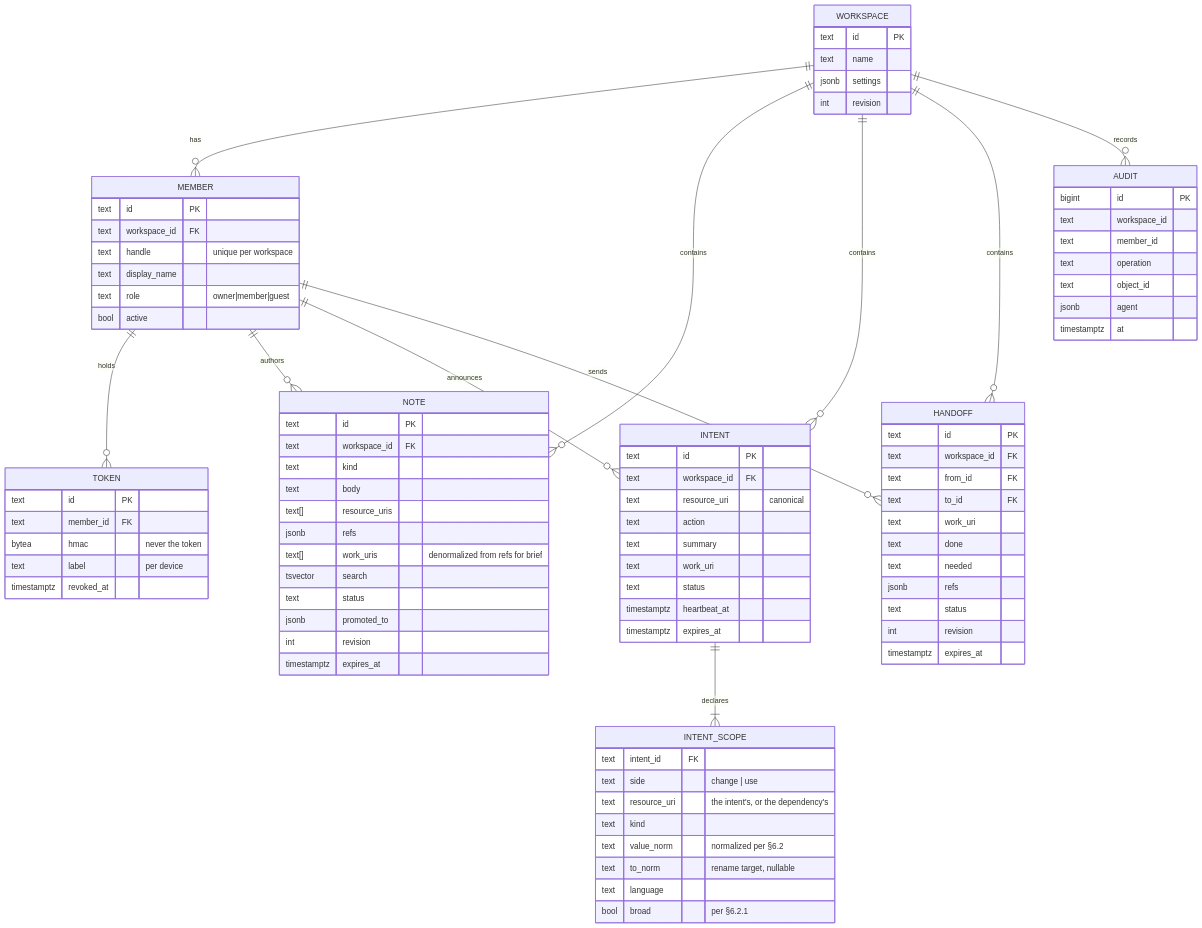
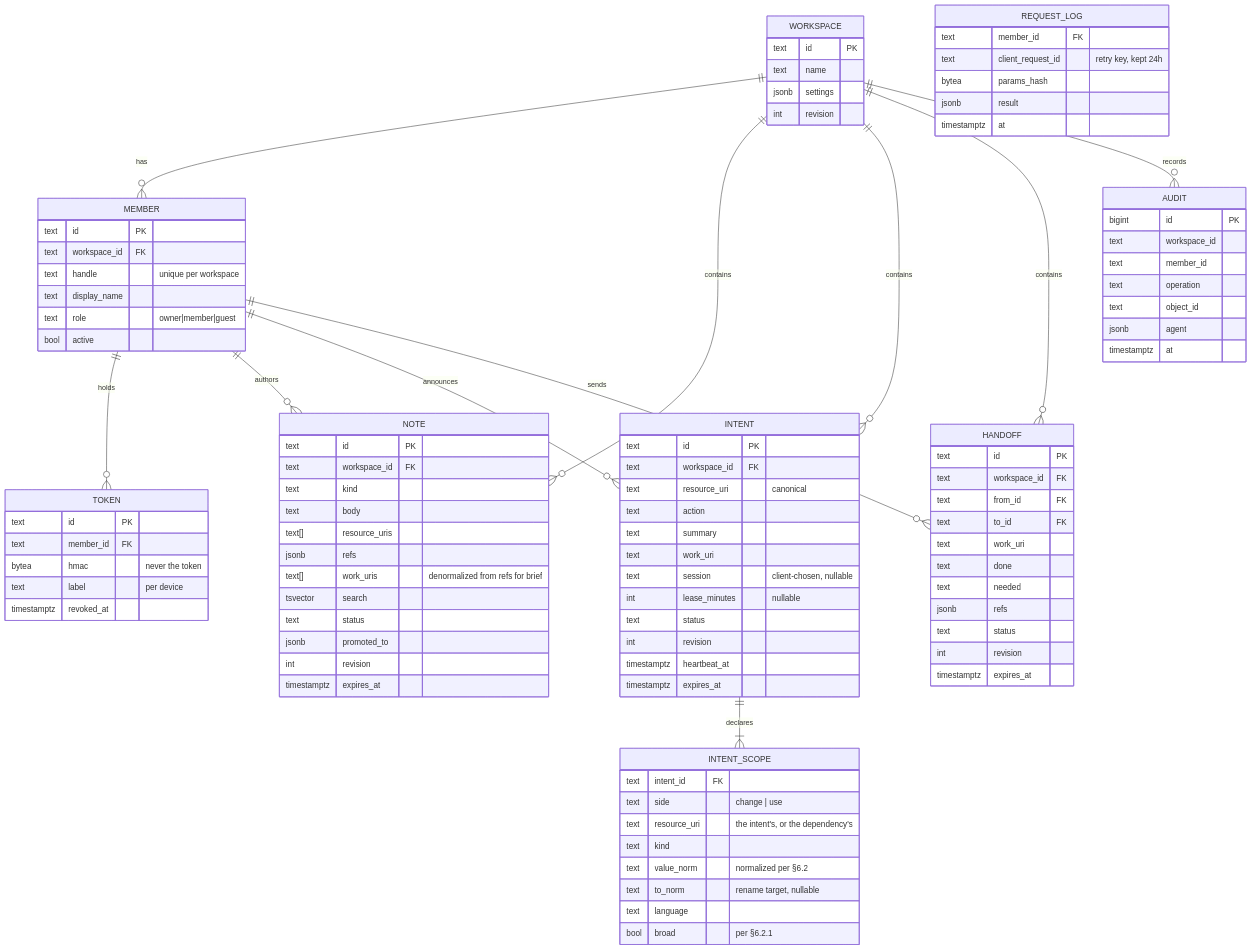
Before and after one commit to recluzegeek/shared-context-protocol: the third of 11 diagrams in docs/architecture.md, drawn with Mermaid. The commit also changed 4 other files, not shown here.

```diff
--- a/docs/architecture.md
+++ b/docs/architecture.md
@@ -139,9 +139,19 @@
         text action
         text summary
         text work_uri
+        text session "client-chosen, nullable"
+        int lease_minutes "nullable"
         text status
+        int revision
         timestamptz heartbeat_at
         timestamptz expires_at
+    }
+    REQUEST_LOG {
+        text member_id FK
+        text client_request_id "retry key, kept 24h"
+        bytea params_hash
+        jsonb result
+        timestamptz at
     }
     INTENT_SCOPE {
         text intent_id FK
```
